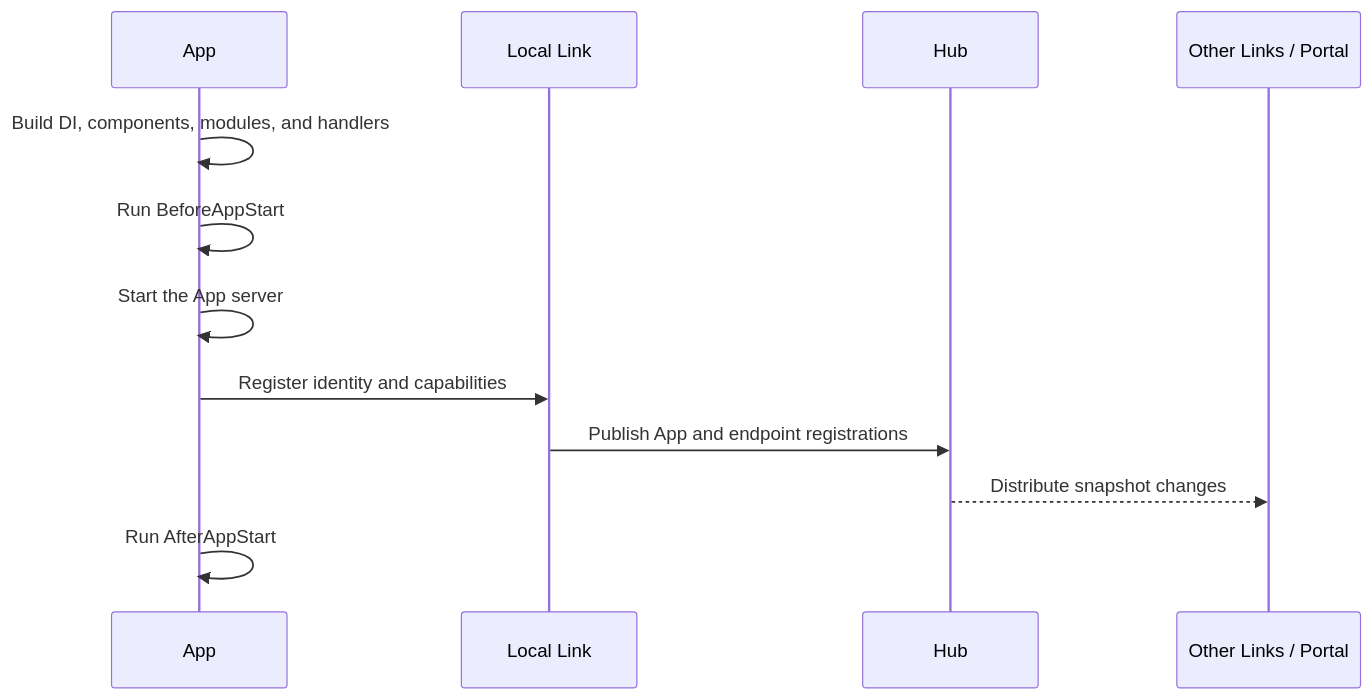
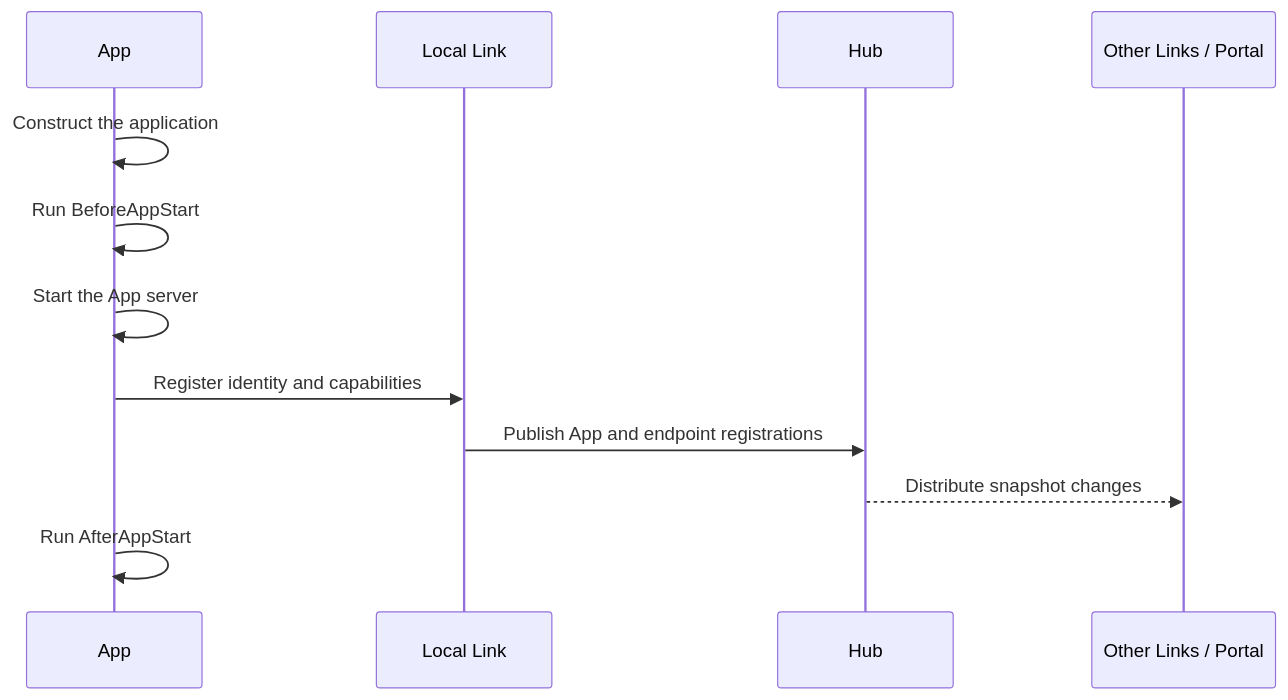
Before and after one commit to yorun-ai/vine-site: the first of 5 diagrams in docs/runtime/request-routing.md, drawn with Mermaid. The commit also changed other lines of this file and 57 other files, not shown here.

````diff
--- a/docs/runtime/request-routing.md
+++ b/docs/runtime/request-routing.md
@@ -33,15 +33,15 @@
 ```mermaid
 sequenceDiagram
   participant App as App
   participant RuntimeLink as Local Link
   participant Hub as Hub
   participant Peers as Other Links / Portal
 
-  App->>App: Build DI, components, modules, and handlers
+  App->>App: Construct the application
   App->>App: Run BeforeAppStart
   App->>App: Start the App server
   App->>RuntimeLink: Register identity and capabilities
   RuntimeLink->>Hub: Publish App and endpoint registrations
   Hub-->>Peers: Distribute snapshot changes
   App->>App: Run AfterAppStart
 ```
````
